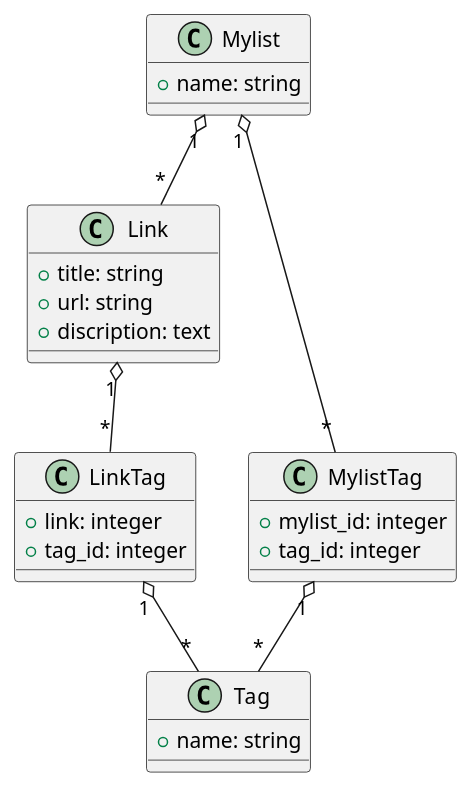
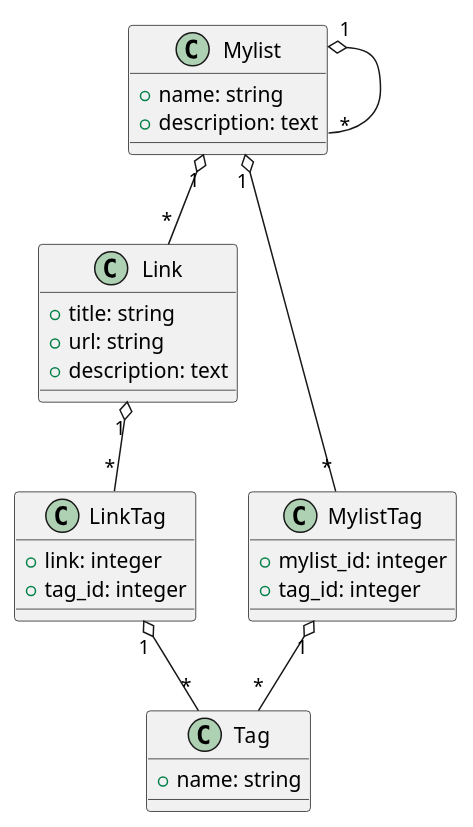
The diagram in model/table.pu (gitter-badger/easy-linkst), drawn with PlantUML before and after one commit.

Commit message:
(modle/table) mylistが子mylistを持つように変更

```diff
--- a/model/table.pu
+++ b/model/table.pu
@@ -1,33 +1,35 @@
 @startuml{table.png}
 
 class Mylist {
   +name: string
+  +description: text
 }
 
 class Link {
   +title: string
   +url: string
-  +discription: text
+  +description: text
 }
 
 class Tag {
   +name: string
 }
 
 class MylistTag {
   +mylist_id: integer
   +tag_id: integer
 }
 
 class LinkTag {
   +link: integer
   +tag_id: integer
 }
 
+Mylist "1" o-- "*" Mylist
 Mylist "1" o-- "*" Link
 Mylist "1" o-- "*" MylistTag
 MylistTag "1" o-- "*" Tag
 Link "1" o-- "*" LinkTag
 LinkTag "1" o-- "*" Tag
 
 @enduml
```
